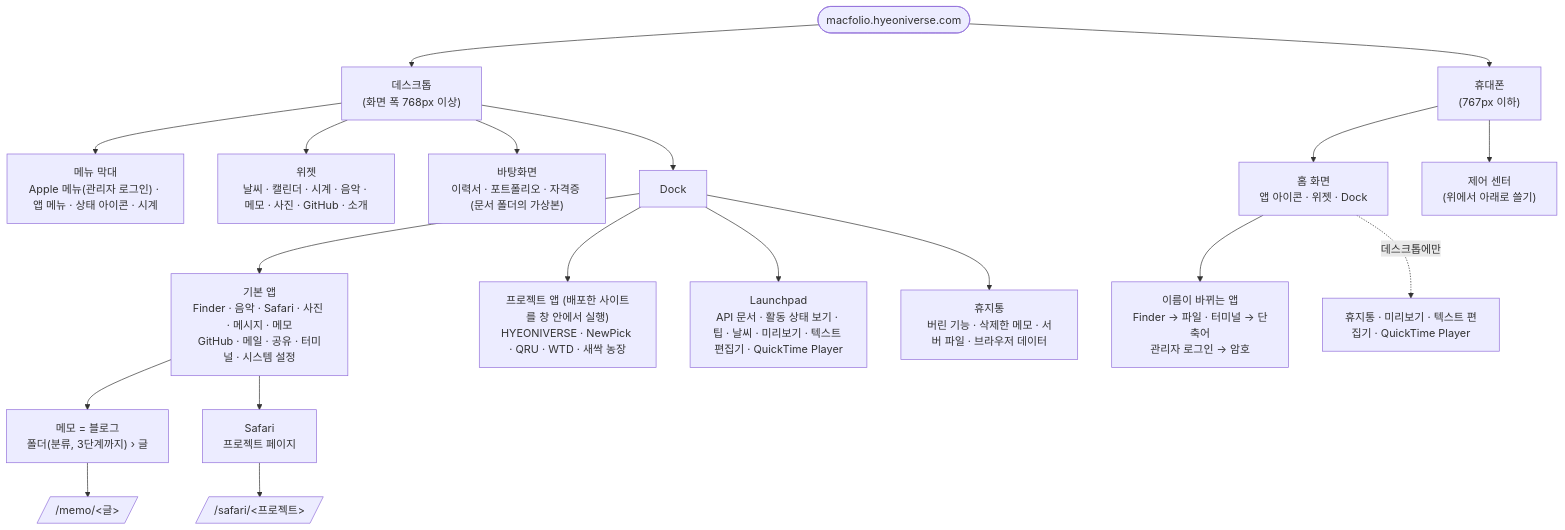
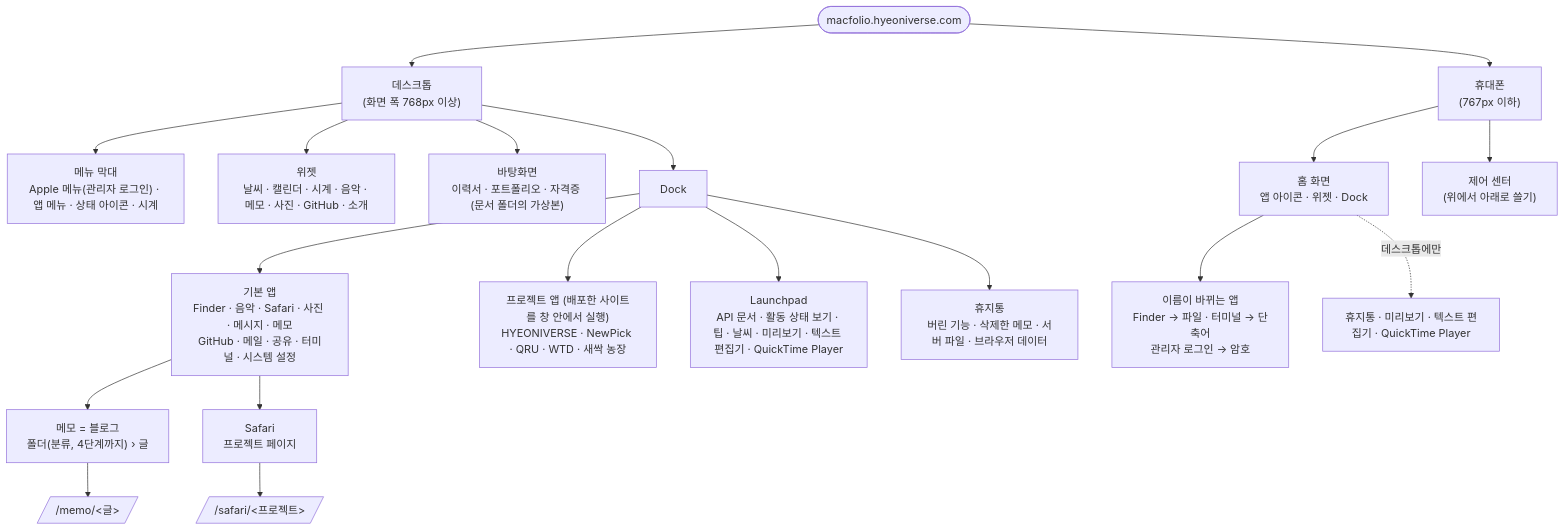
The first of 5 diagrams in README.md (hyeoniverse/MacFolio), drawn with Mermaid before and after one commit. The commit also changed 12 other files, not shown here.

````diff
--- a/README.md
+++ b/README.md
@@ -209,25 +209,25 @@
 ```mermaid
 flowchart TB
     site(["macfolio.hyeoniverse.com"])
     site --> desktop["데스크톱<br/>(화면 폭 768px 이상)"]
     site --> mobile["휴대폰<br/>(767px 이하)"]
 
     desktop --> menubar["메뉴 막대<br/>Apple 메뉴(관리자 로그인) · 앱 메뉴 · 상태 아이콘 · 시계"]
     desktop --> widgets["위젯<br/>날씨 · 캘린더 · 시계 · 음악 · 메모 · 사진 · GitHub · 소개"]
     desktop --> icons["바탕화면<br/>이력서 · 포트폴리오 · 자격증 (문서 폴더의 가상본)"]
     desktop --> dock["Dock"]
     dock --> builtin["기본 앱<br/>Finder · 음악 · Safari · 사진 · 메시지 · 메모<br/>GitHub · 메일 · 공유 · 터미널 · 시스템 설정"]
     dock --> projects["프로젝트 앱 (배포한 사이트를 창 안에서 실행)<br/>HYEONIVERSE · NewPick · QRU · WTD · 새싹 농장"]
     dock --> launchpad["Launchpad<br/>API 문서 · 활동 상태 보기 · 팁 · 날씨 · 미리보기 · 텍스트 편집기 · QuickTime Player"]
     dock --> bin["휴지통<br/>버린 기능 · 삭제한 메모 · 서버 파일 · 브라우저 데이터"]
 
     mobile --> home["홈 화면<br/>앱 아이콘 · 위젯 · Dock"]
     mobile --> control["제어 센터<br/>(위에서 아래로 쓸기)"]
     home --> renamed["이름이 바뀌는 앱<br/>Finder → 파일 · 터미널 → 단축어<br/>관리자 로그인 → 암호"]
     home -. "데스크톱에만" .-> desktoponly["휴지통 · 미리보기 · 텍스트 편집기 · QuickTime Player"]
 
-    builtin --> memo["메모 = 블로그<br/>폴더(분류, 3단계까지) › 글"]
+    builtin --> memo["메모 = 블로그<br/>폴더(분류, 4단계까지) › 글"]
     builtin --> safari["Safari<br/>프로젝트 페이지"]
     memo --> memoUrl[/"/memo/&lt;글&gt;"/]
     safari --> safariUrl[/"/safari/&lt;프로젝트&gt;"/]
 ```
````
